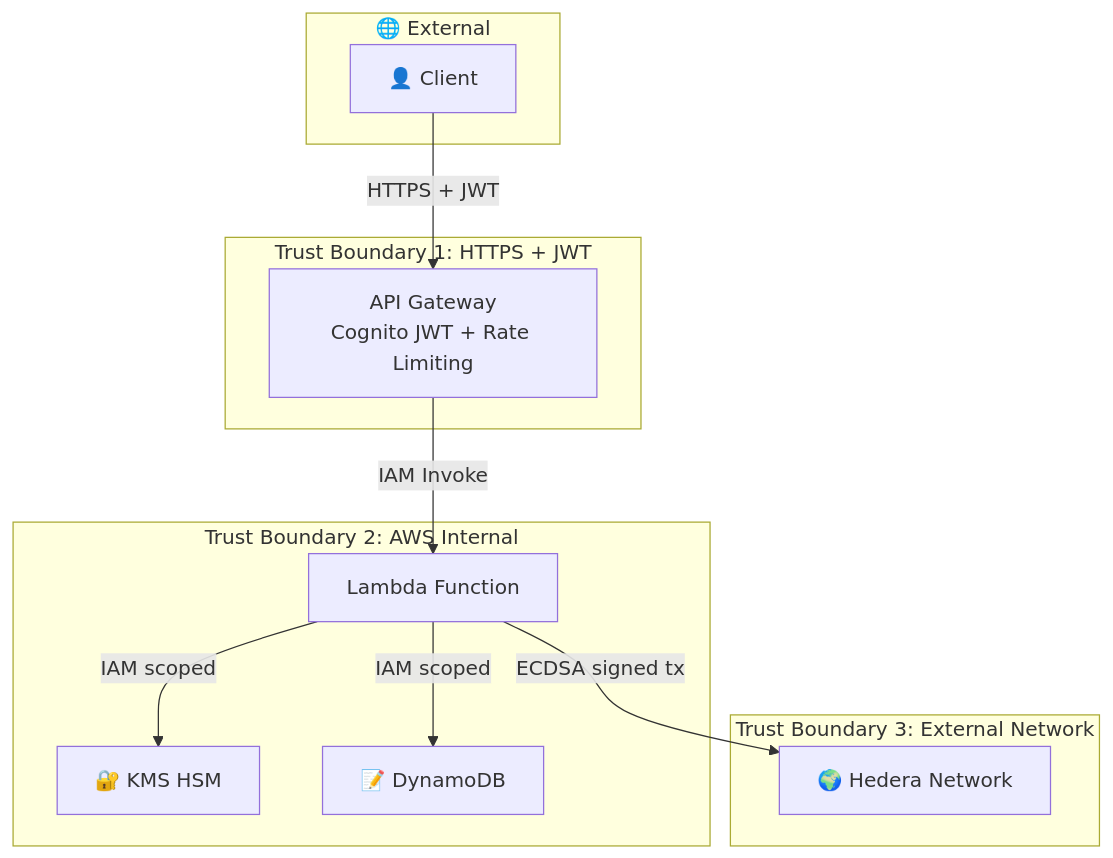
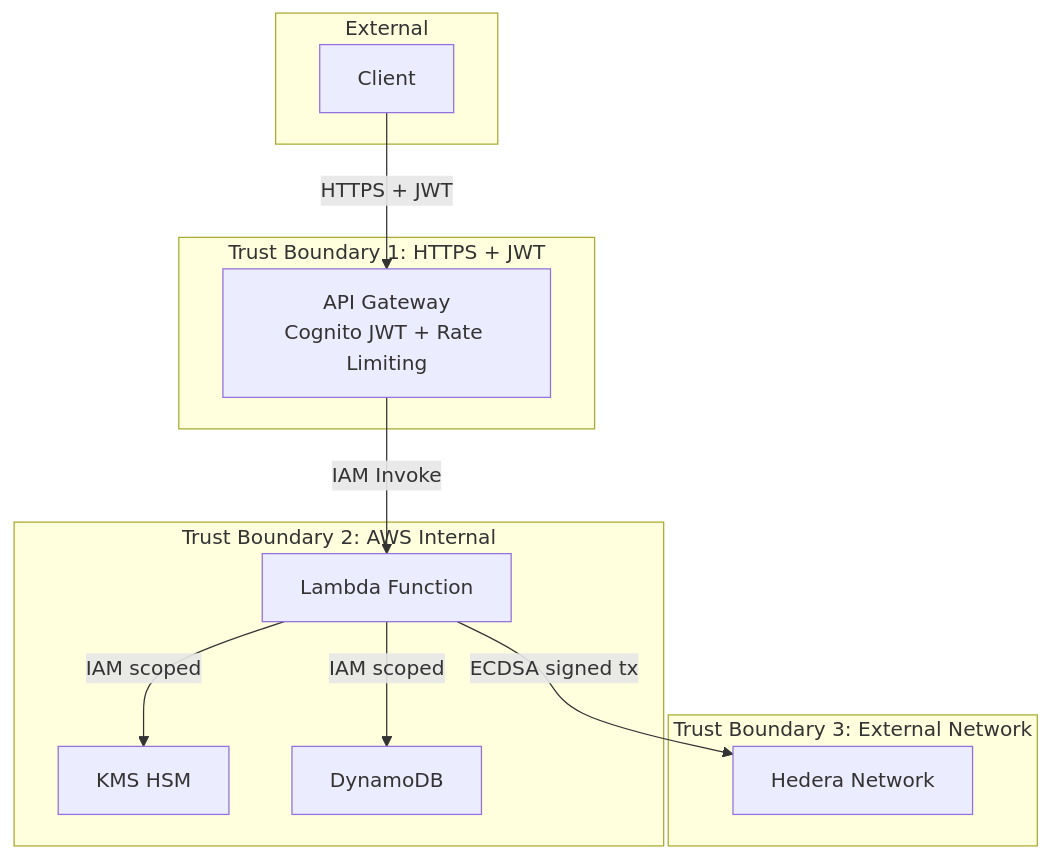
The first of 2 diagrams in docs/threat-model.md (umarhashmi2002/hedera-kms-signer), drawn with Mermaid before and after one commit. The commit also changed other lines of this file and 3 other files, not shown here.

````diff
--- a/docs/threat-model.md
+++ b/docs/threat-model.md
@@ -15,26 +15,26 @@
 ```mermaid
 graph TB
-    subgraph External["🌐 External"]
-        Client[👤 Client]
+    subgraph External["External"]
+        Client[Client]
     end
     
     subgraph TB1["Trust Boundary 1: HTTPS + JWT"]
         APIGW[API Gateway<br/>Cognito JWT + Rate Limiting]
     end
     
     subgraph TB2["Trust Boundary 2: AWS Internal"]
         Lambda[Lambda Function]
-        KMS[🔐 KMS HSM]
-        DDB[📝 DynamoDB]
+        KMS[KMS HSM]
+        DDB[DynamoDB]
     end
     
     subgraph TB3["Trust Boundary 3: External Network"]
-        Hedera[🌍 Hedera Network]
+        Hedera[Hedera Network]
     end
 
     Client -->|HTTPS + JWT| APIGW
     APIGW -->|IAM Invoke| Lambda
     Lambda -->|IAM scoped| KMS
     Lambda -->|IAM scoped| DDB
     Lambda -->|ECDSA signed tx| Hedera
 ```
````
